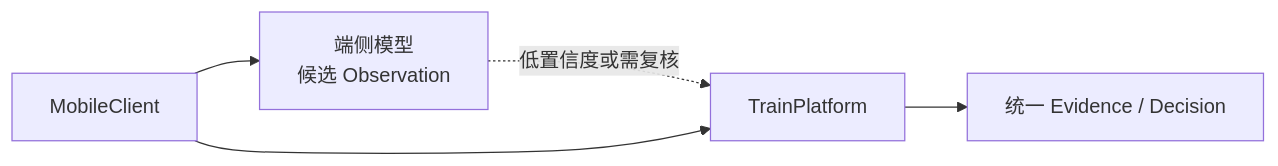
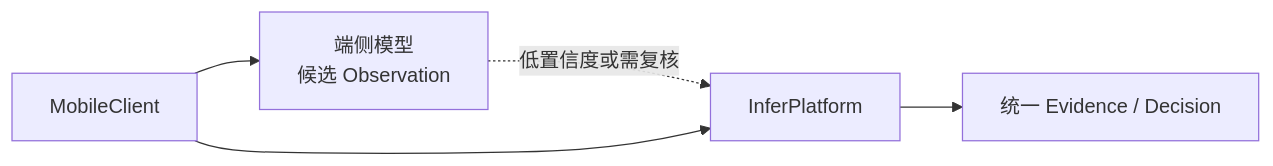
The sixth of 6 diagrams in ARCHITECTURE.md (QingMouFoodDate/ProjectPRD), drawn with Mermaid before and after one commit. The commit also changed other lines of this file and 3 other files, not shown here.

````diff
--- a/ARCHITECTURE.md
+++ b/ARCHITECTURE.md
@@ -171,11 +175,11 @@
 ```mermaid
 flowchart LR
     MOBILE["MobileClient"]
     EDGE["端侧模型<br/>候选 Observation"]
-    PLATFORM["TrainPlatform"]
+    PLATFORM["InferPlatform"]
     DECISION["统一 Evidence / Decision"]
     MOBILE --> EDGE
     EDGE -.低置信度或需复核.-> PLATFORM
     MOBILE --> PLATFORM
     PLATFORM --> DECISION
 ```
````
